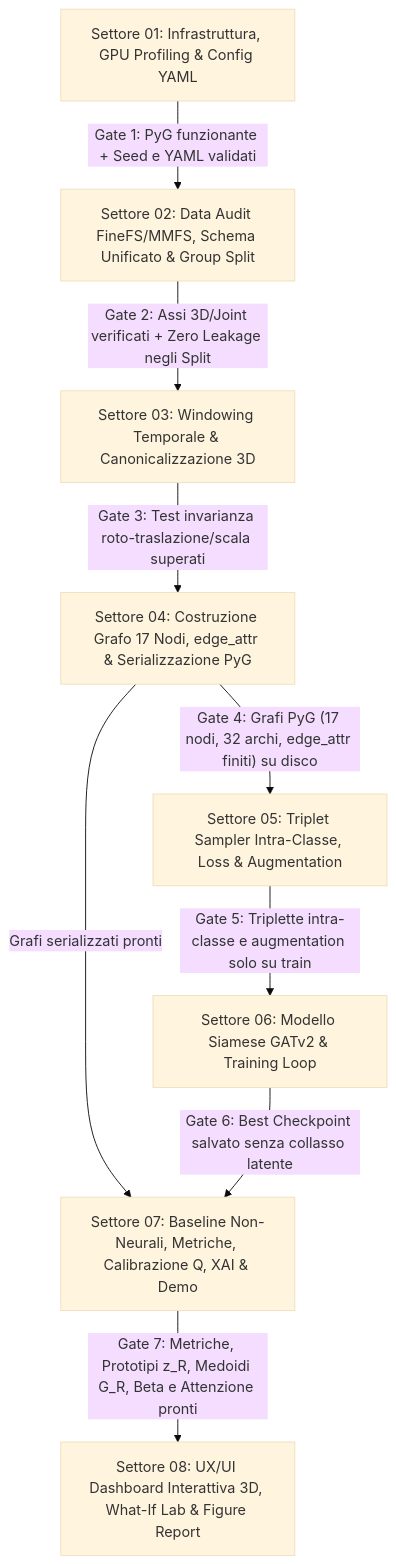
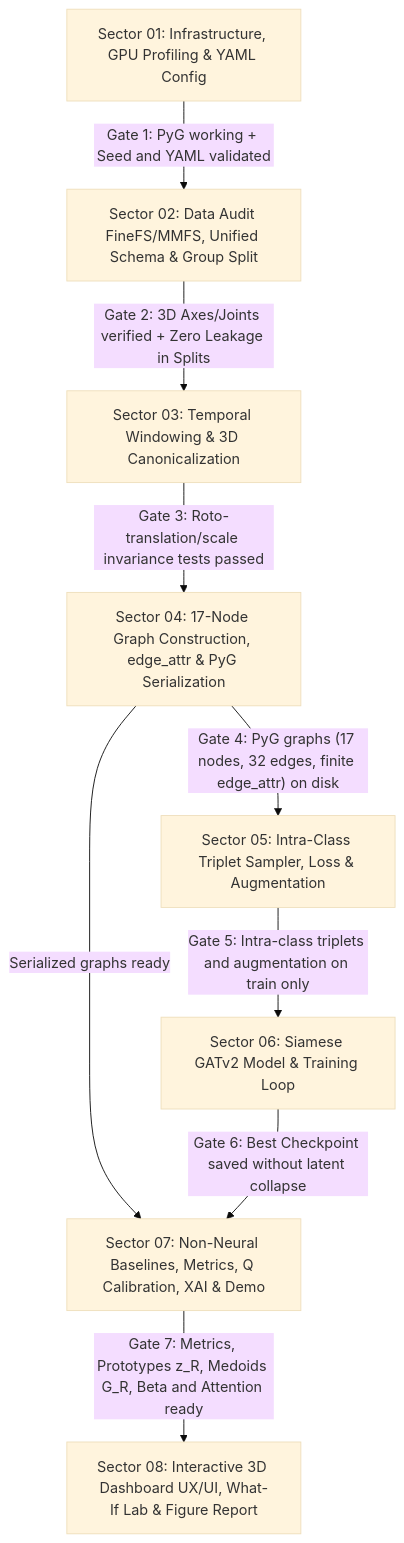
The diagram in sottospecifiche/00_indice_architettura_e_dipendenze.md (GabrieleTondi/Pose-Landmark), drawn with Mermaid (base theme) before and after one commit. The commit also changed other lines of this file and 34 other files, not shown here.

````diff
--- a/sottospecifiche/00_indice_architettura_e_dipendenze.md
+++ b/sottospecifiche/00_indice_architettura_e_dipendenze.md
@@ -65,20 +65,20 @@
 ```mermaid
 flowchart TD
-    S01["Settore 01: Infrastruttura, GPU Profiling & Config YAML"]
-    S02["Settore 02: Data Audit FineFS/MMFS, Schema Unificato & Group Split"]
-    S03["Settore 03: Windowing Temporale & Canonicalizzazione 3D"]
-    S04["Settore 04: Costruzione Grafo 17 Nodi, edge_attr & Serializzazione PyG"]
-    S05["Settore 05: Triplet Sampler Intra-Classe, Loss & Augmentation"]
-    S06["Settore 06: Modello Siamese GATv2 & Training Loop"]
-    S07["Settore 07: Baseline Non-Neurali, Metriche, Calibrazione Q, XAI & Demo"]
-    S08["Settore 08: UX/UI Dashboard Interattiva 3D, What-If Lab & Figure Report"]
+    S01["Sector 01: Infrastructure, GPU Profiling & YAML Config"]
+    S02["Sector 02: Data Audit FineFS/MMFS, Unified Schema & Group Split"]
+    S03["Sector 03: Temporal Windowing & 3D Canonicalization"]
+    S04["Sector 04: 17-Node Graph Construction, edge_attr & PyG Serialization"]
+    S05["Sector 05: Intra-Class Triplet Sampler, Loss & Augmentation"]
+    S06["Sector 06: Siamese GATv2 Model & Training Loop"]
+    S07["Sector 07: Non-Neural Baselines, Metrics, Q Calibration, XAI & Demo"]
+    S08["Sector 08: Interactive 3D Dashboard UX/UI, What-If Lab & Figure Report"]
 
-    S01 -->|"Gate 1: PyG funzionante + Seed e YAML validati"| S02
-    S02 -->|"Gate 2: Assi 3D/Joint verificati + Zero Leakage negli Split"| S03
-    S03 -->|"Gate 3: Test invarianza roto-traslazione/scala superati"| S04
-    S04 -->|"Gate 4: Grafi PyG (17 nodi, 32 archi, edge_attr finiti) su disco"| S05
-    S04 -->|"Grafi serializzati pronti"| S07
-    S05 -->|"Gate 5: Triplette intra-classe e augmentation solo su train"| S06
-    S06 -->|"Gate 6: Best Checkpoint salvato senza collasso latente"| S07
-    S07 -->|"Gate 7: Metriche, Prototipi z_R, Medoidi G_R, Beta e Attenzione pronti"| S08
+    S01 -->|"Gate 1: PyG working + Seed and YAML validated"| S02
+    S02 -->|"Gate 2: 3D Axes/Joints verified + Zero Leakage in Splits"| S03
+    S03 -->|"Gate 3: Roto-translation/scale invariance tests passed"| S04
+    S04 -->|"Gate 4: PyG graphs (17 nodes, 32 edges, finite edge_attr) on disk"| S05
+    S04 -->|"Serialized graphs ready"| S07
+    S05 -->|"Gate 5: Intra-class triplets and augmentation on train only"| S06
+    S06 -->|"Gate 6: Best Checkpoint saved without latent collapse"| S07
+    S07 -->|"Gate 7: Metrics, Prototypes z_R, Medoids G_R, Beta and Attention ready"| S08
 ```
````
